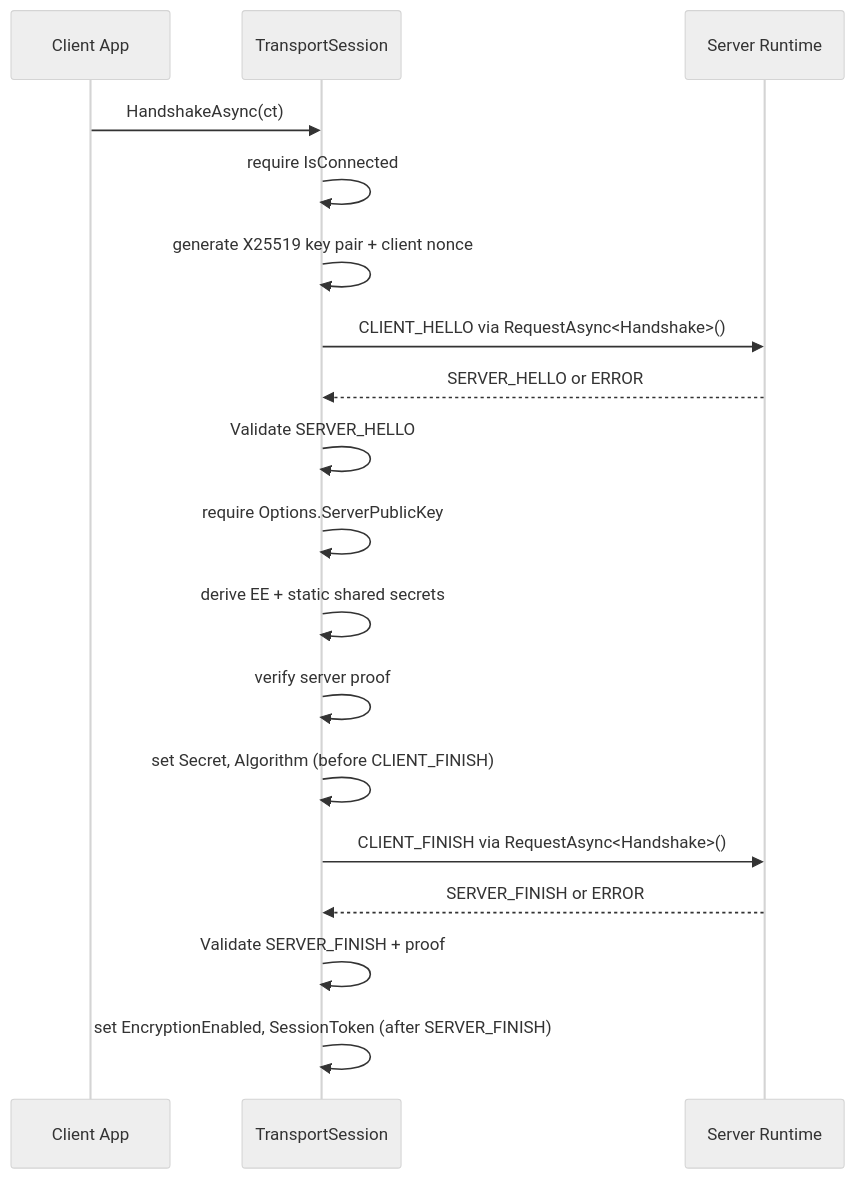
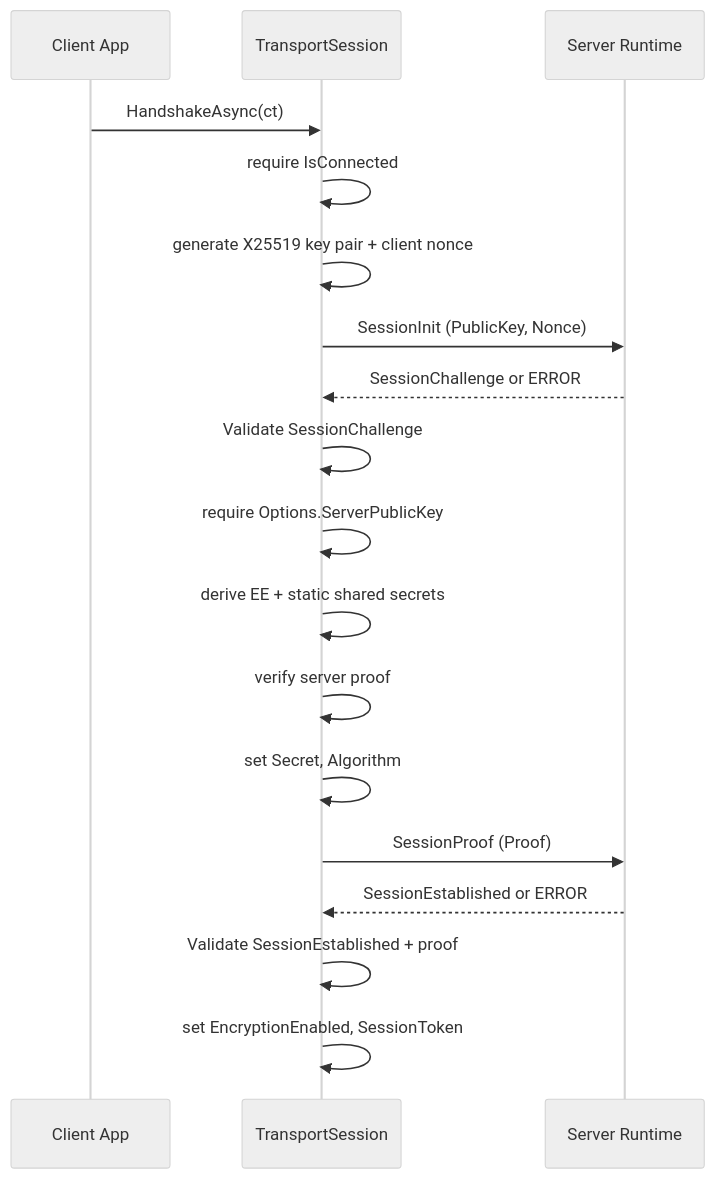
The diagram in docs/api/sdk/handshake-extensions.md (ppn-systems/Nalix), drawn with Mermaid (neutral theme) before and after one commit. The commit also changed other lines of this file and 524 other files, not shown here.

````diff
--- a/docs/api/sdk/handshake-extensions.md
+++ b/docs/api/sdk/handshake-extensions.md
@@ -14,21 +17,21 @@
 ```mermaid
 sequenceDiagram
     participant App as Client App
     participant S as TransportSession
     participant Server as Server Runtime
 
     App->>S: HandshakeAsync(ct)
     S->>S: require IsConnected
     S->>S: generate X25519 key pair + client nonce
-    S->>Server: CLIENT_HELLO via RequestAsync<Handshake>()
-    Server-->>S: SERVER_HELLO or ERROR
-    S->>S: Validate SERVER_HELLO
+    S->>Server: SessionInit (PublicKey, Nonce)
+    Server-->>S: SessionChallenge or ERROR
+    S->>S: Validate SessionChallenge
     S->>S: require Options.ServerPublicKey
     S->>S: derive EE + static shared secrets
     S->>S: verify server proof
-    S->>S: set Secret, Algorithm (before CLIENT_FINISH)
-    S->>Server: CLIENT_FINISH via RequestAsync<Handshake>()
-    Server-->>S: SERVER_FINISH or ERROR
-    S->>S: Validate SERVER_FINISH + proof
-    S->>S: set EncryptionEnabled, SessionToken (after SERVER_FINISH)
+    S->>S: set Secret, Algorithm
+    S->>Server: SessionProof (Proof)
+    Server-->>S: SessionEstablished or ERROR
+    S->>S: Validate SessionEstablished + proof
+    S->>S: set EncryptionEnabled, SessionToken
 ```
````
